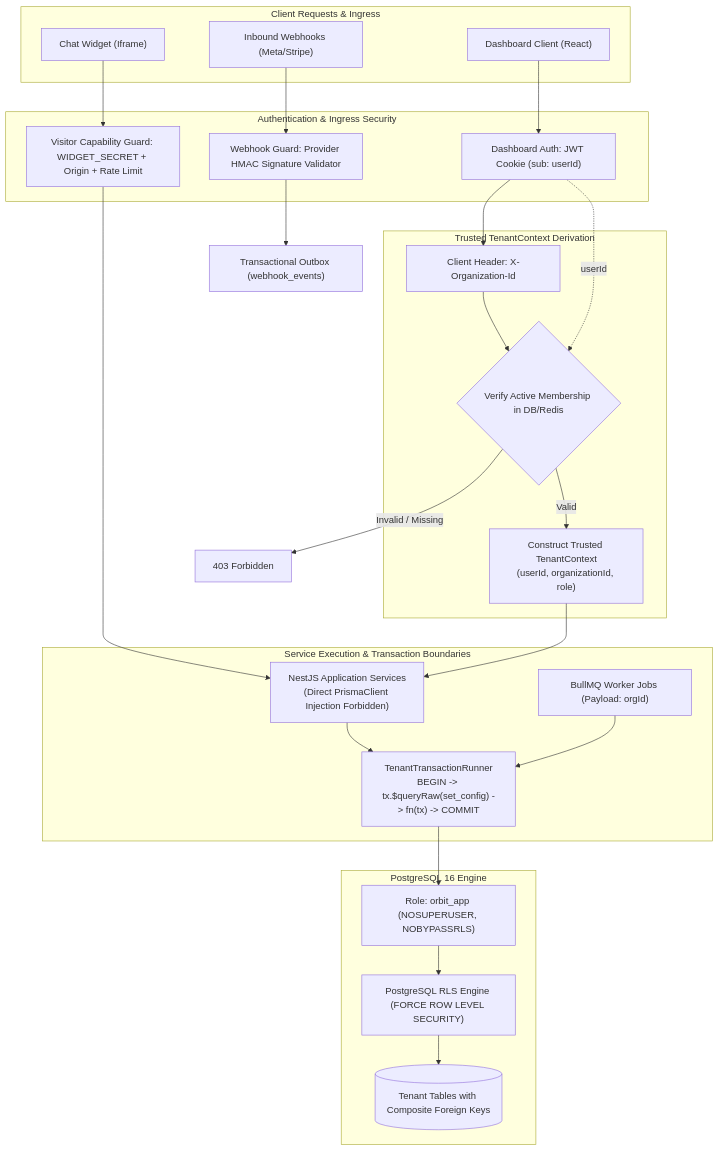
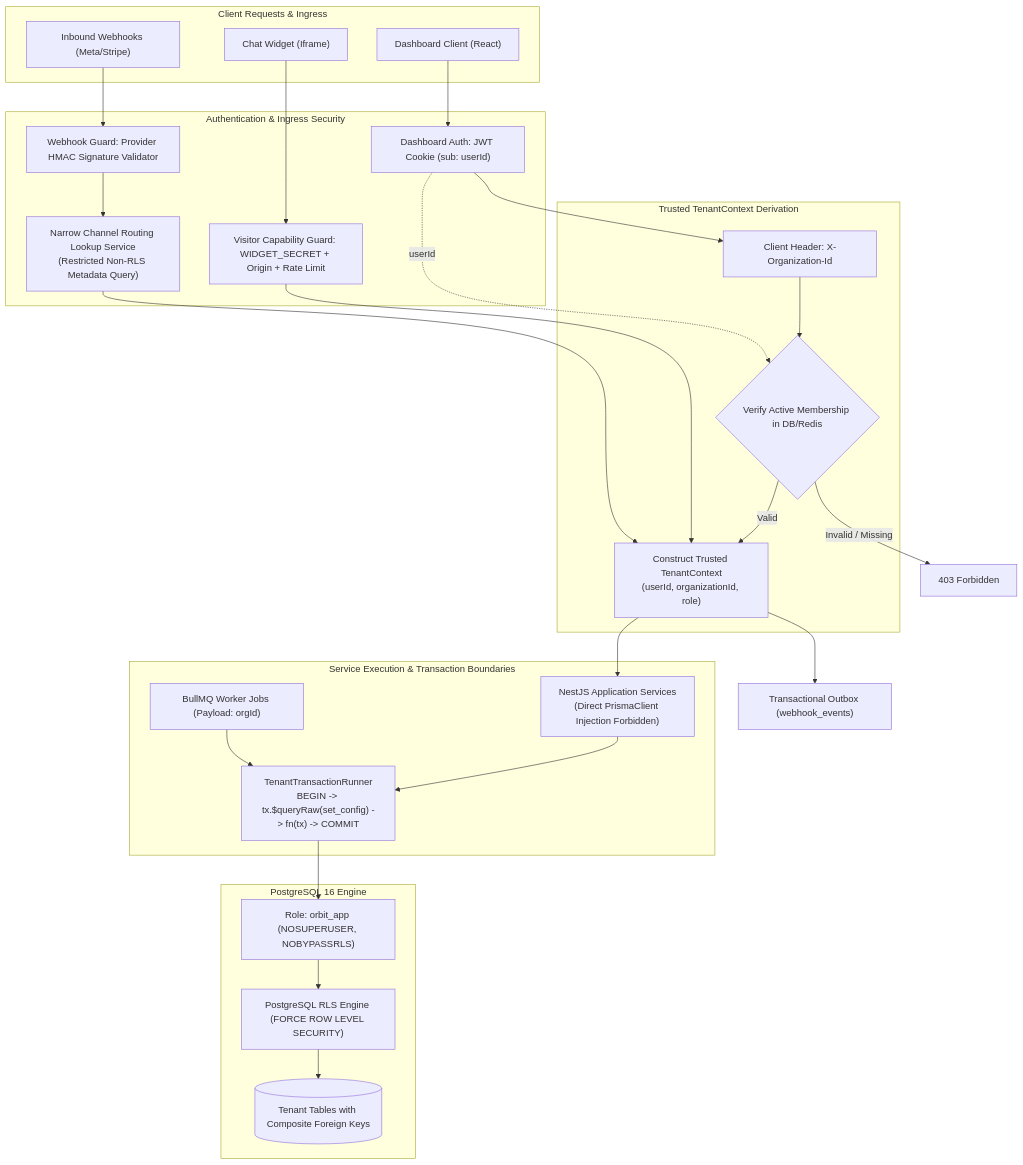
The first of 4 diagrams in docs/ARCHITECTURE.md (HarshParyani33/orbit), drawn with Mermaid before and after one commit. The commit also changed other lines of this file, not shown here.

Commit message:
docs: update architecture specification v1.1.0

````diff
--- a/docs/ARCHITECTURE.md
+++ b/docs/ARCHITECTURE.md
@@ -55,47 +59,49 @@
 ```mermaid
 flowchart TD
     subgraph Ingress["Client Requests & Ingress"]
         WebDash["Dashboard Client (React)"]
         ChatWidget["Chat Widget (Iframe)"]
         Webhooks["Inbound Webhooks (Meta/Stripe)"]
     end
 
     subgraph AuthLayer["Authentication & Ingress Security"]
         DashAuth["Dashboard Auth: JWT Cookie (sub: userId)"]
         WidgetAuth["Visitor Capability Guard: WIDGET_SECRET + Origin + Rate Limit"]
         WebhookAuth["Webhook Guard: Provider HMAC Signature Validator"]
+        NarrowLookup["Narrow Channel Routing Lookup Service\n(Restricted Non-RLS Metadata Query)"]
     end
 
     subgraph TenantResolution["Trusted TenantContext Derivation"]
         ReqOrgHeader["Client Header: X-Organization-Id"]
         VerifyMembership{"Verify Active Membership in DB/Redis"}
         MakeTenantContext["Construct Trusted TenantContext\n(userId, organizationId, role)"]
     end
 
     subgraph ExecutionPlane["Service Execution & Transaction Boundaries"]
         NestServices["NestJS Application Services\n(Direct PrismaClient Injection Forbidden)"]
         WorkerJobs["BullMQ Worker Jobs (Payload: orgId)"]
         TenantRunner["TenantTransactionRunner\nBEGIN -> tx.$queryRaw(set_config) -> fn(tx) -> COMMIT"]
     end
 
     subgraph DataPlane["PostgreSQL 16 Engine"]
         RoleApp["Role: orbit_app (NOSUPERUSER, NOBYPASSRLS)"]
         RLS["PostgreSQL RLS Engine (FORCE ROW LEVEL SECURITY)"]
         Tables[("Tenant Tables with Composite Foreign Keys")]
     end
 
     WebDash --> DashAuth --> ReqOrgHeader
     ReqOrgHeader --> VerifyMembership
     DashAuth -.->|userId| VerifyMembership
     VerifyMembership -->|Valid| MakeTenantContext
     VerifyMembership -->|Invalid / Missing| Deny403["403 Forbidden"]
 
-    ChatWidget --> WidgetAuth --> NestServices
-    Webhooks --> WebhookAuth --> Outbox["Transactional Outbox (webhook_events)"]
+    ChatWidget --> WidgetAuth --> MakeTenantContext
+    Webhooks --> WebhookAuth --> NarrowLookup --> MakeTenantContext
+    MakeTenantContext --> Outbox["Transactional Outbox (webhook_events)"]
 
     MakeTenantContext --> NestServices
     NestServices --> TenantRunner
     WorkerJobs --> TenantRunner
 
     TenantRunner --> RoleApp --> RLS --> Tables
 ```
````
